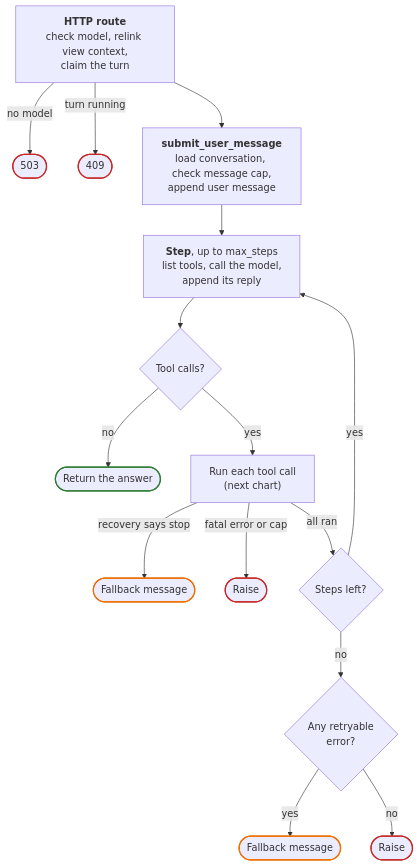
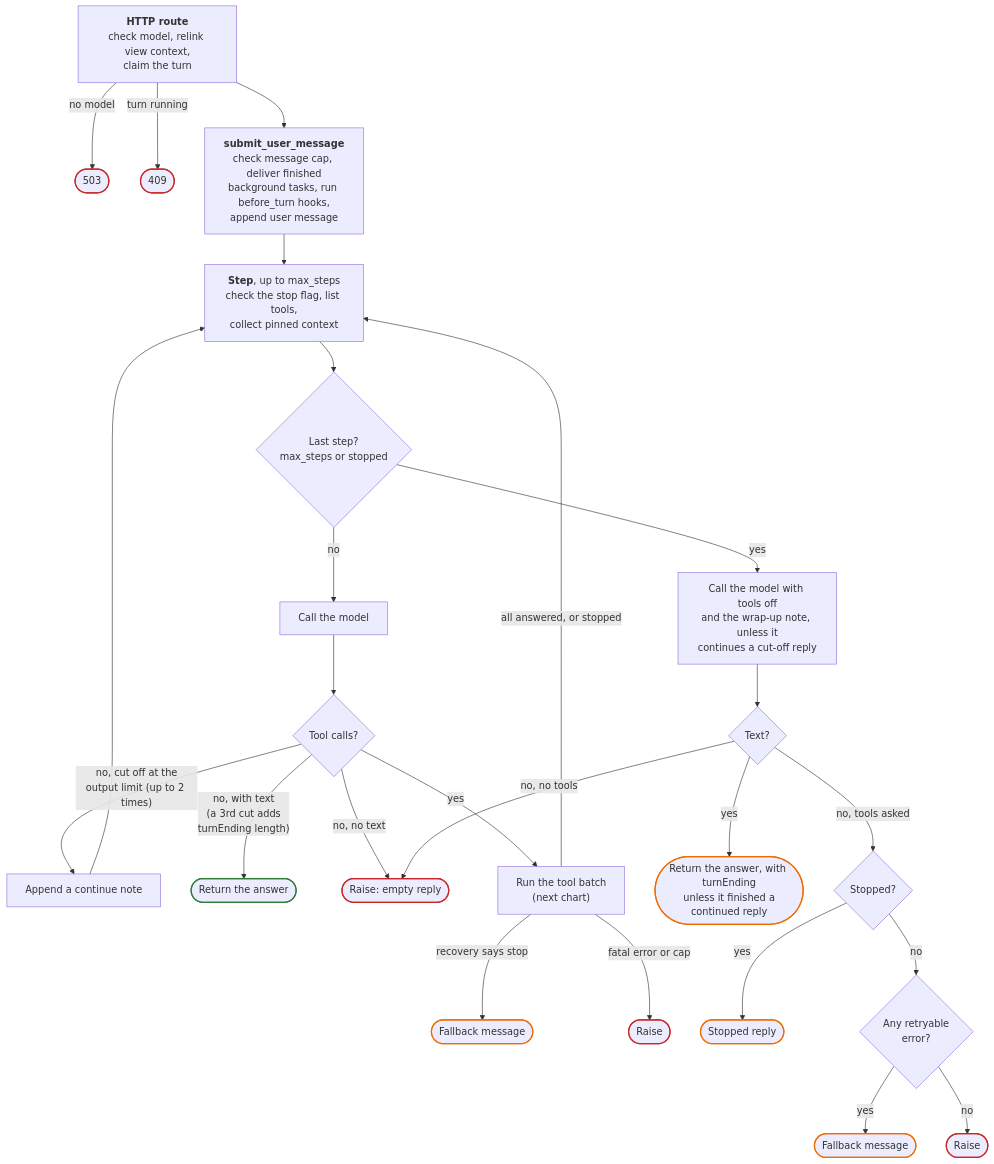
The first of 2 diagrams in docs/harness/loop.md (KiUngSong/TerraFin), drawn with Mermaid before and after one commit. The commit also changed other lines of this file and 46 other files, not shown here.

````diff
--- a/docs/harness/loop.md
+++ b/docs/harness/loop.md
@@ -30,25 +31,34 @@
     ```mermaid
     flowchart TD
         route["<b>HTTP route</b><br/>check model, relink view context,<br/>claim the turn"]
         route -- no model --> e503(["503"])
         route -- turn running --> e409(["409"])
-        route --> submit["<b>submit_user_message</b><br/>load conversation, check message cap,<br/>append user message"]
-        submit --> step["<b>Step</b>, up to max_steps<br/>list tools, call the model,<br/>append its reply"]
-        step --> calls{"Tool calls?"}
-        calls -- no --> done(["Return the answer"])
-        calls -- yes --> batch["Run each tool call<br/>(next chart)"]
+        route --> submit["<b>submit_user_message</b><br/>check message cap, deliver finished<br/>background tasks, run before_turn hooks,<br/>append user message"]
+        submit --> step["<b>Step</b>, up to max_steps<br/>check the stop flag, list tools,<br/>collect pinned context"]
+        step --> last{"Last step?<br/>max_steps or stopped"}
+        last -- no --> model["Call the model"]
+        last -- yes --> wrap["Call the model with tools off<br/>and the wrap-up note, unless it<br/>continues a cut-off reply"]
+        model --> calls{"Tool calls?"}
+        calls -- "no, cut off at the<br/>output limit (up to 2 times)" --> cont["Append a continue note"] --> step
+        calls -- "no, with text<br/>(a 3rd cut adds<br/>turnEnding length)" --> done(["Return the answer"])
+        calls -- no, no text --> empty(["Raise: empty reply"])
+        calls -- yes --> batch["Run the tool batch<br/>(next chart)"]
         batch -- recovery says stop --> fb1(["Fallback message"])
         batch -- fatal error or cap --> fail1(["Raise"])
-        batch -- all ran --> left{"Steps left?"}
-        left -- yes --> step
-        left -- no --> any{"Any retryable<br/>error?"}
+        batch -- all answered, or stopped --> step
+        wrap --> text{"Text?"}
+        text -- yes --> ending(["Return the answer, with turnEnding<br/>unless it finished a<br/>continued reply"])
+        text -- "no, tools asked" --> stopped{"Stopped?"}
+        text -- "no, no tools" --> empty
+        stopped -- yes --> stoptext(["Stopped reply"])
+        stopped -- no --> any{"Any retryable<br/>error?"}
         any -- yes --> fb2(["Fallback message"])
         any -- no --> fail2(["Raise"])
 
         classDef ok stroke:#2e7d32,stroke-width:2px
         classDef bad stroke:#c62828,stroke-width:2px
         classDef soft stroke:#ef6c00,stroke-width:2px
         class done ok
-        class e503,e409,fail1,fail2 bad
-        class fb1,fb2 soft
+        class e503,e409,empty,fail1,fail2 bad
+        class fb1,fb2,ending,stoptext soft
     ```
````
